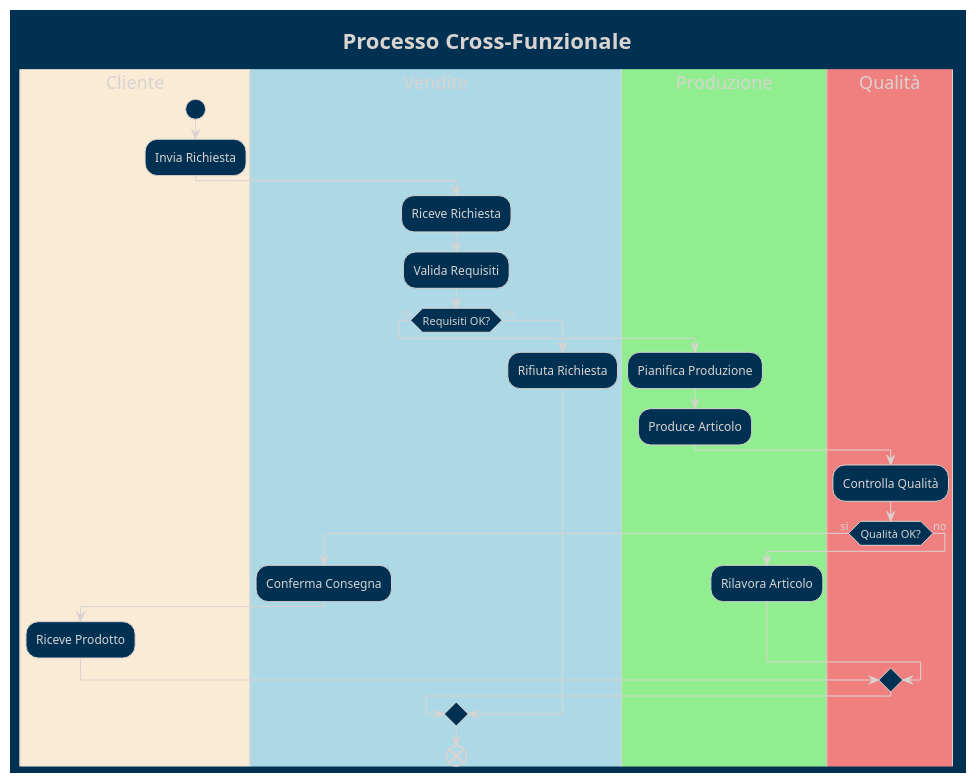
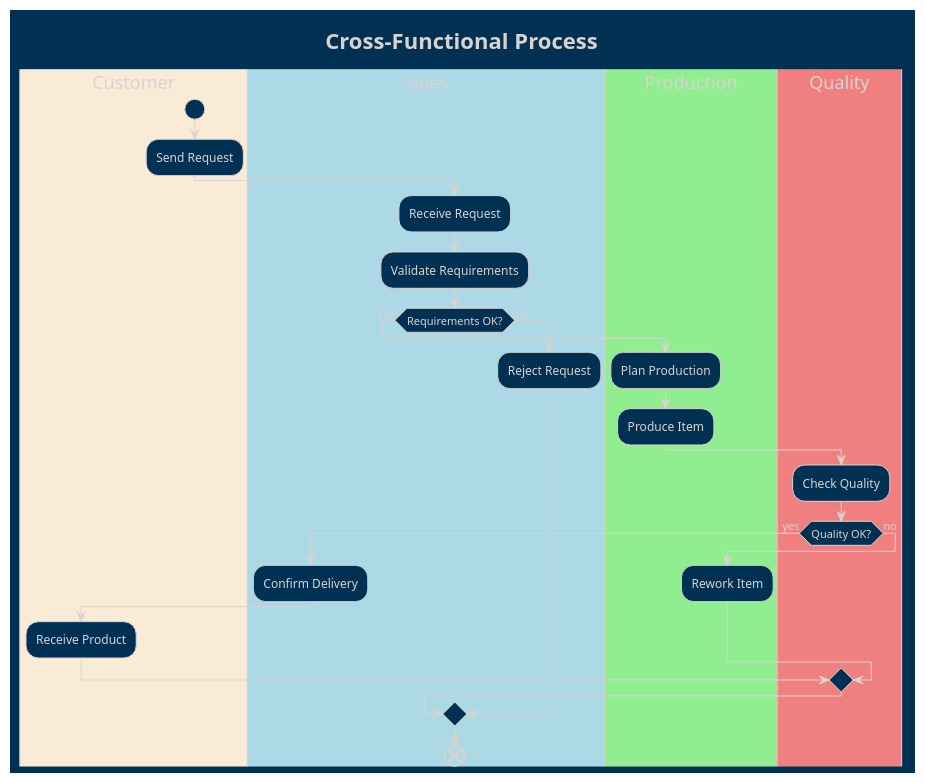
Diagram 13 of 25 in 03-behavioral-diagrams/activity-diagrams/README.md (Seniorsimo/sas-template), drawn with PlantUML before and after one commit. The commit also changed other lines of this file and 49 other files, not shown here.

````diff
--- a/03-behavioral-diagrams/activity-diagrams/README.md
+++ b/03-behavioral-diagrams/activity-diagrams/README.md
@@ -175,34 +175,34 @@
 ```plantuml
 @startuml
 !theme blueprint
-title Processo Cross-Funzionale
+title Cross-Functional Process
 
-|#AntiqueWhite|Cliente|
+|#AntiqueWhite|Customer|
 start
-:Invia Richiesta;
+:Send Request;
 
-|#LightBlue|Vendite|
-:Riceve Richiesta;
-:Valida Requisiti;
-if (Requisiti OK?) then (si)
-  |#LightGreen|Produzione|
-  :Pianifica Produzione;
-  :Produce Articolo;
-  |#LightCoral|Qualità|
-  :Controlla Qualità;
-  if (Qualità OK?) then (si)
-    |#LightBlue|Vendite|
-    :Conferma Consegna;
-    |#AntiqueWhite|Cliente|
-    :Riceve Prodotto;
+|#LightBlue|Sales|
+:Receive Request;
+:Validate Requirements;
+if (Requirements OK?) then (yes)
+  |#LightGreen|Production|
+  :Plan Production;
+  :Produce Item;
+  |#LightCoral|Quality|
+  :Check Quality;
+  if (Quality OK?) then (yes)
+    |#LightBlue|Sales|
+    :Confirm Delivery;
+    |#AntiqueWhite|Customer|
+    :Receive Product;
   else (no)
-    |#LightGreen|Produzione|
-    :Rilavora Articolo;
+    |#LightGreen|Production|
+    :Rework Item;
   endif
 else (no)
-  |#LightBlue|Vendite|
-  :Rifiuta Richiesta;
+  |#LightBlue|Sales|
+  :Reject Request;
 endif
 end
 @enduml
 ```
````
